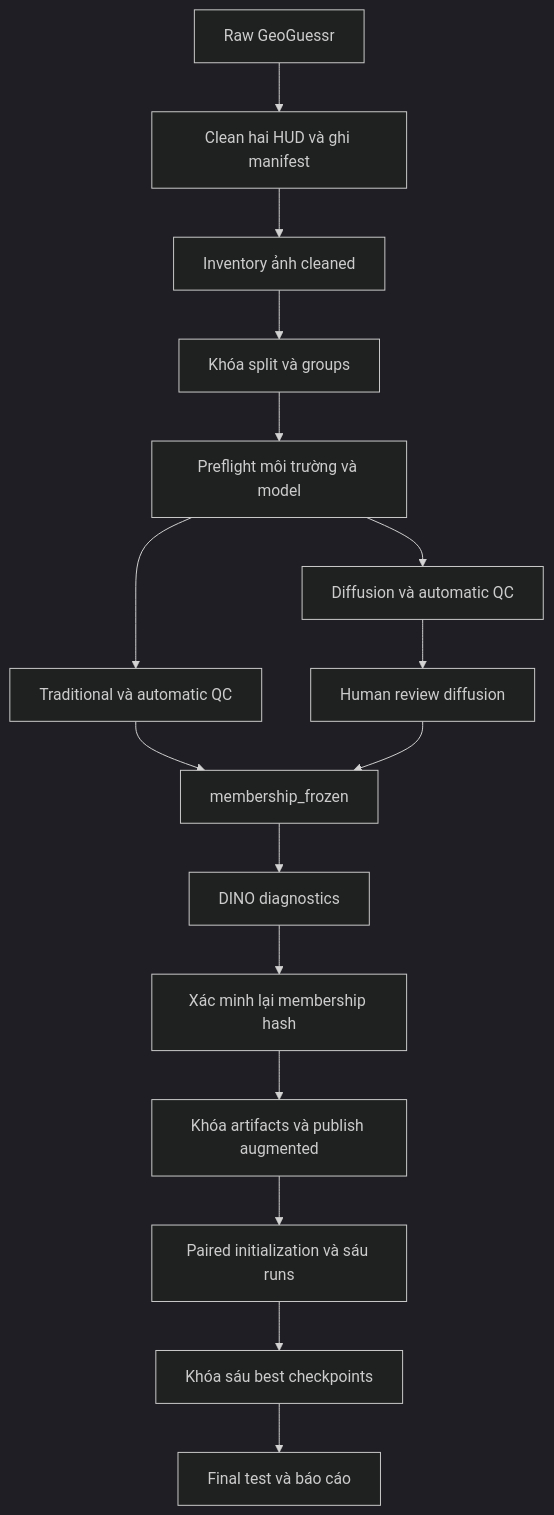
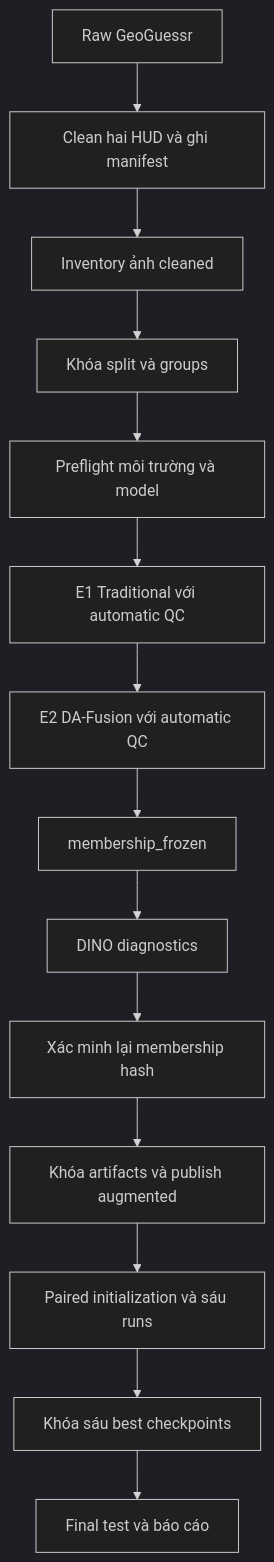
The diagram in docs/plan.md (HiimRaccoon/GeoLocation_DataPreprocessing), drawn with Mermaid (dark theme) before and after one commit. The commit also changed other lines of this file and 24 other files, not shown here.

Commit message:
Use automatic QC for DA-Fusion benchmark membership

````diff
--- a/docs/plan.md
+++ b/docs/plan.md
@@ -53,18 +53,16 @@
 ```mermaid
 flowchart TD
     C0[Raw GeoGuessr] --> H0[Clean hai HUD và ghi manifest]
     H0 --> I[Inventory ảnh cleaned]
     I --> S[Khóa split và groups]
     S --> P[Preflight môi trường và model]
-    P --> T[Traditional và automatic QC]
-    P --> D[Diffusion và automatic QC]
-    D --> H[Human review diffusion]
-    T --> M[membership_frozen]
-    H --> M
+    P --> T[E1 Traditional với automatic QC]
+    T --> D[E2 DA-Fusion với automatic QC]
+    D --> M[membership_frozen]
     M --> N[DINO diagnostics]
     N --> V[Xác minh lại membership hash]
     V --> F[Khóa artifacts và publish augmented]
     F --> R[Paired initialization và sáu runs]
     R --> C[Khóa sáu best checkpoints]
     C --> E[Final test và báo cáo]
 ```
````
